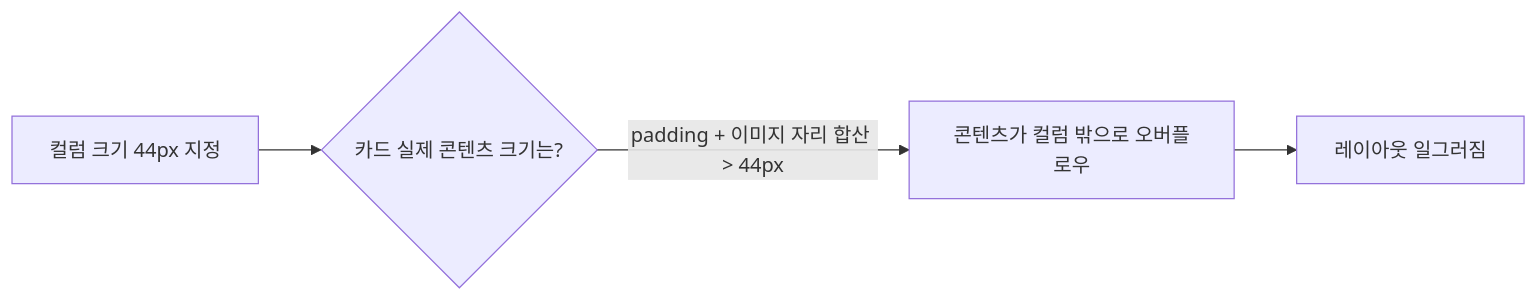
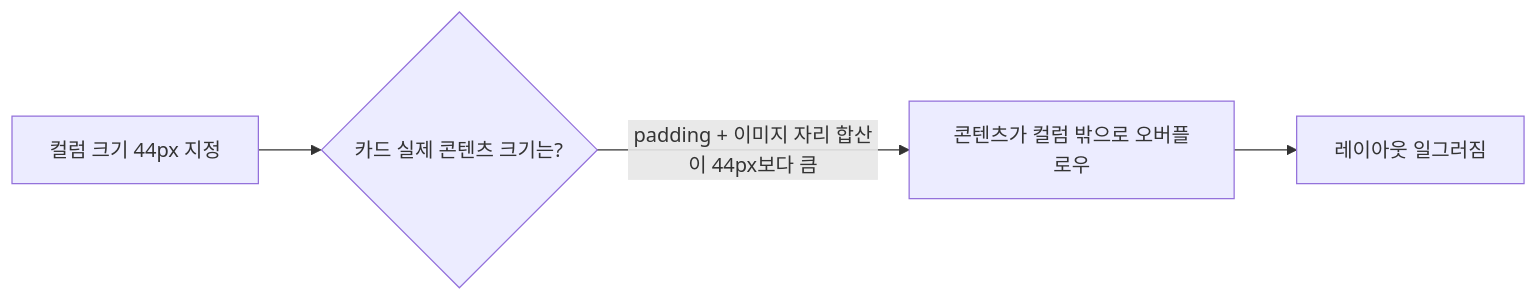
One commit to SeungBinYang/my-blog changed the diagram in _posts/2026-09-05-css-grid-justify-content-margin-auto.md. Above: the diagram before and after it, drawn with Mermaid.

Commit message:
포스트 mermaid 코드 수정

````diff
--- a/_posts/2026-09-05-css-grid-justify-content-margin-auto.md
+++ b/_posts/2026-09-05-css-grid-justify-content-margin-auto.md
@@ -49,6 +49,6 @@
 ```mermaid
 flowchart LR
-    A[컬럼 크기 44px 지정] --> B{카드 실제 콘텐츠 크기는?}
-    B -->|padding + 이미지 자리 합산 > 44px| C[콘텐츠가 컬럼 밖으로 오버플로우]
-    C --> D[레이아웃 일그러짐]
+    A["컬럼 크기 44px 지정"] --> B{"카드 실제 콘텐츠 크기는?"}
+    B -->|"padding + 이미지 자리 합산이 44px보다 큼"| C["콘텐츠가 컬럼 밖으로 오버플로우"]
+    C --> D["레이아웃 일그러짐"]
 ```
````
